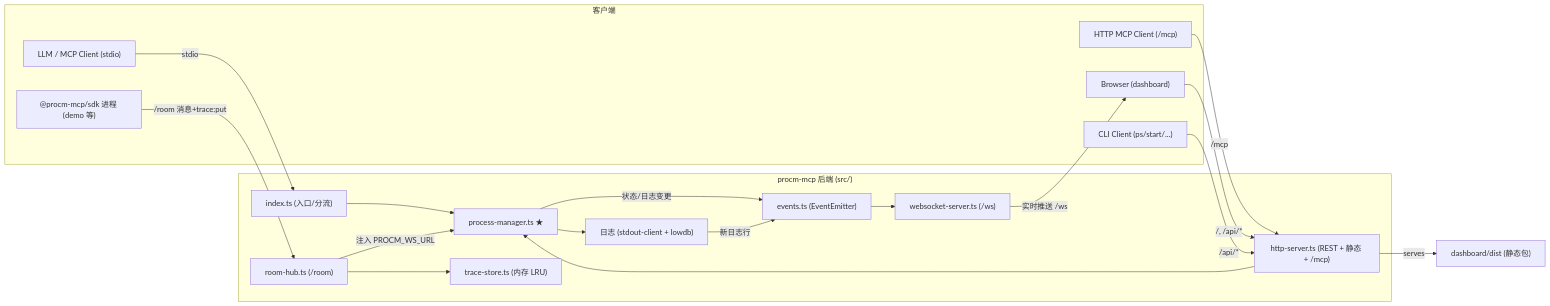
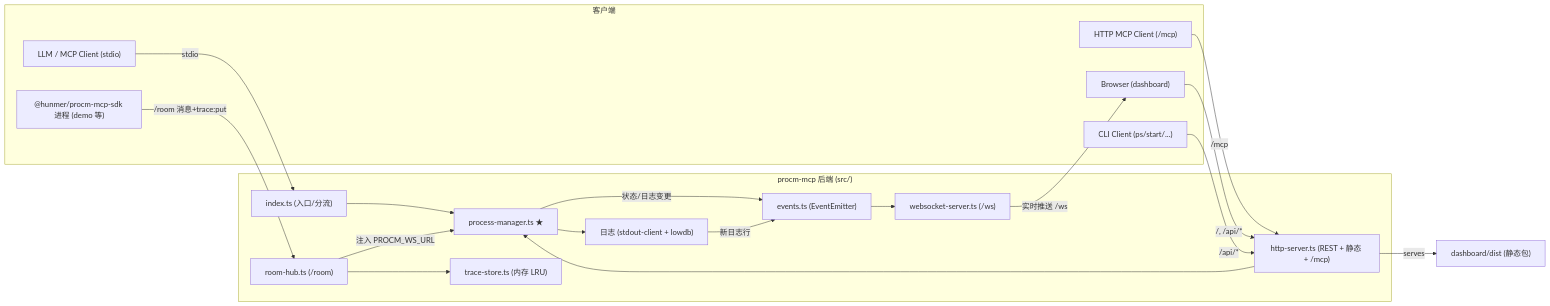
Before and after one commit to hunmer/procm-mcp: the diagram in CLAUDE.md, drawn with Mermaid. The commit also changed other lines of this file and 45 other files, not shown here.

````diff
--- a/CLAUDE.md
+++ b/CLAUDE.md
@@ -45,37 +45,37 @@
 ```mermaid
 flowchart LR
   subgraph 客户端
     LLM["LLM / MCP Client (stdio)"]
     HTTPC["HTTP MCP Client (/mcp)"]
     CLI["CLI Client (ps/start/...)"]
     BR["Browser (dashboard)"]
-    SDK["@procm-mcp/sdk 进程 (demo 等)"]
+    SDK["@hunmer/procm-mcp-sdk 进程 (demo 等)"]
   end
   subgraph 后端["procm-mcp 后端 (src/)"]
     IDX["index.ts (入口/分流)"]
     PM["process-manager.ts ★"]
     LOG["日志 (stdout-client + lowdb)"]
     ROOM["room-hub.ts (/room)"]
     TRACE["trace-store.ts (内存 LRU)"]
     HTTP["http-server.ts (REST + 静态 + /mcp)"]
     EVT["events.ts (EventEmitter)"]
     WS["websocket-server.ts (/ws)"]
   end
   DASH["dashboard/dist (静态包)"]
 
   LLM -- stdio --> IDX
   IDX --> PM
   HTTPC -- "/mcp" --> HTTP
   BR -- "/, /api/*" --> HTTP
   CLI -- "/api/*" --> HTTP
   HTTP --> PM
   PM --> LOG
   PM -- "状态/日志变更" --> EVT
   LOG -- "新日志行" --> EVT
   EVT --> WS
   WS -- "实时推送 /ws" --> BR
   HTTP -- serves --> DASH
   SDK -- "/room 消息+trace:put" --> ROOM
   ROOM --> TRACE
   ROOM -- "注入 PROCM_WS_URL" --> PM
 ```
````
